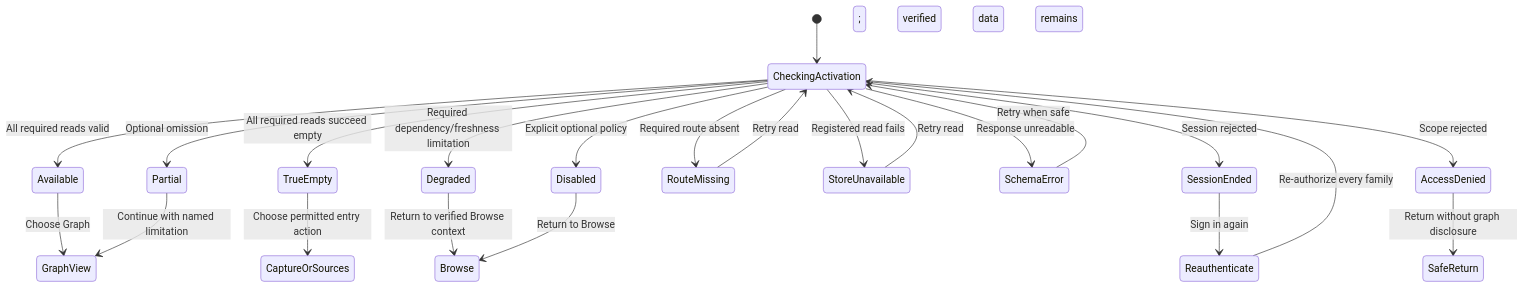
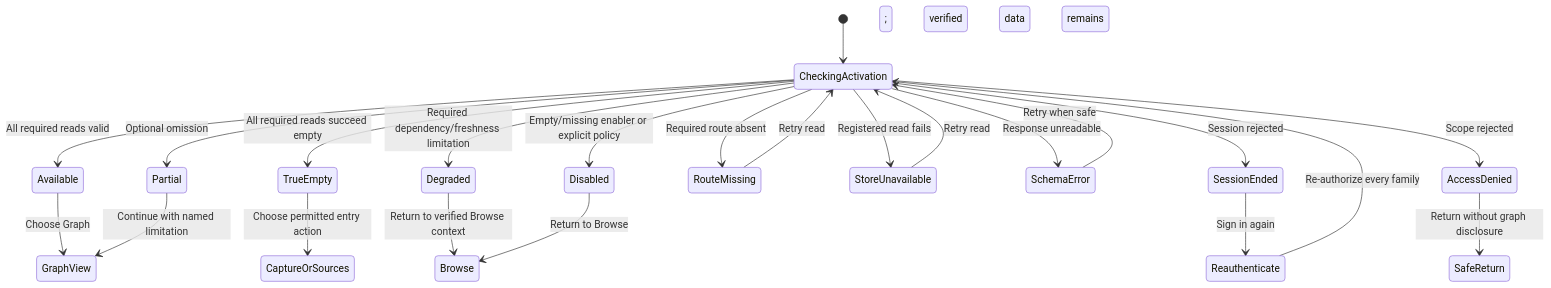
Before and after one commit to pkirsanov/smackerel: the first of 2 diagrams in specs/080-knowledge-graph-public-api/bugs/BUG-080-001-graph-api-fail-soft-runtime-disable/spec.md, drawn with Mermaid. The commit also changed other lines of this file and 6 other files, not shown here.

First line of the commit message:
BUG-080-001: graph API fail-soft runtime-disable (unit-verified) + correct artifacts fail-loud->fail-soft

````diff
--- a/specs/080-knowledge-graph-public-api/bugs/BUG-080-001-graph-api-fail-soft-runtime-disable/spec.md
+++ b/specs/080-knowledge-graph-public-api/bugs/BUG-080-001-graph-api-fail-soft-runtime-disable/spec.md
@@ -274,25 +283,25 @@
 ```mermaid
 stateDiagram-v2
   [*] --> CheckingActivation
   CheckingActivation --> Available: All required reads valid
   CheckingActivation --> TrueEmpty: All required reads succeed empty
   CheckingActivation --> Partial: Optional omission; verified data remains
   CheckingActivation --> Degraded: Required dependency/freshness limitation
-  CheckingActivation --> Disabled: Explicit optional policy
+  CheckingActivation --> Disabled: Empty/missing enabler or explicit policy
   CheckingActivation --> RouteMissing: Required route absent
   CheckingActivation --> StoreUnavailable: Registered read fails
   CheckingActivation --> SchemaError: Response unreadable
   CheckingActivation --> SessionEnded: Session rejected
   CheckingActivation --> AccessDenied: Scope rejected
   Available --> GraphView: Choose Graph
   TrueEmpty --> CaptureOrSources: Choose permitted entry action
   Partial --> GraphView: Continue with named limitation
   Degraded --> Browse: Return to verified Browse context
   Disabled --> Browse: Return to Browse
   RouteMissing --> CheckingActivation: Retry read
   StoreUnavailable --> CheckingActivation: Retry read
   SchemaError --> CheckingActivation: Retry when safe
   SessionEnded --> Reauthenticate: Sign in again
   Reauthenticate --> CheckingActivation: Re-authorize every family
   AccessDenied --> SafeReturn: Return without graph disclosure
 ```
````
